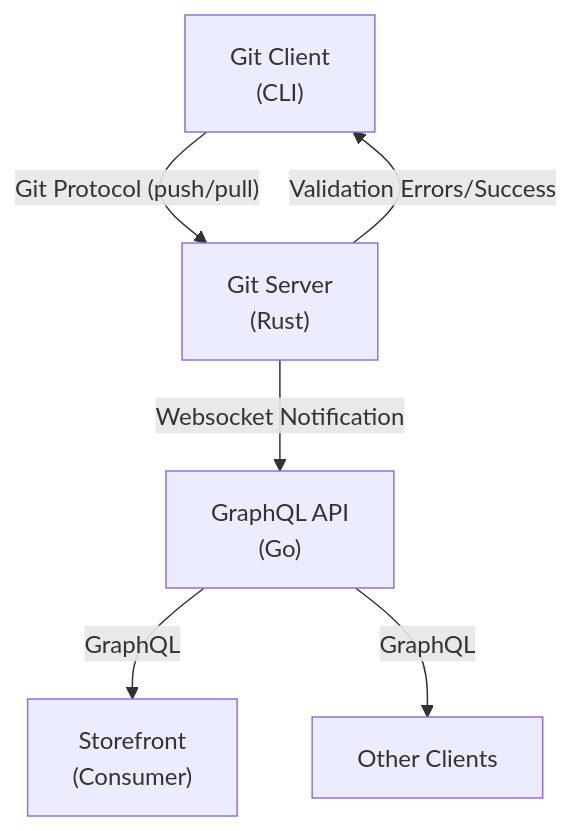
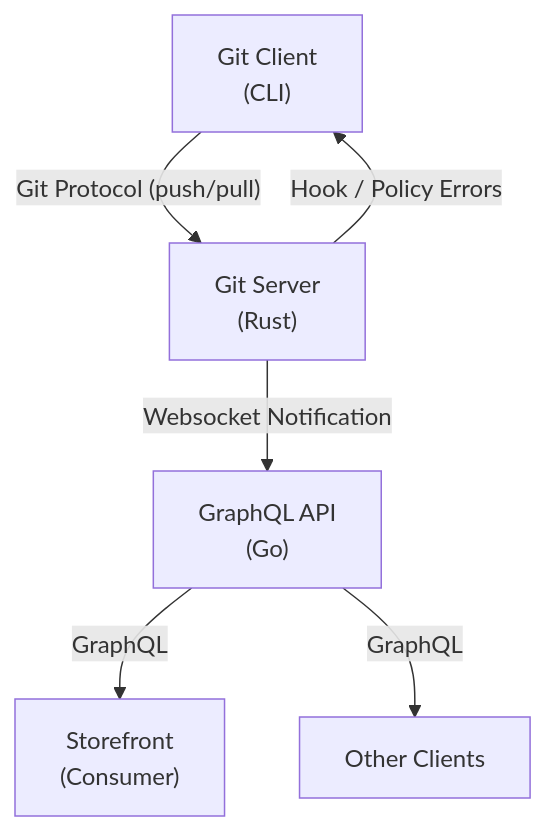
The diagram in README.md (gitstore-dev/GitStore), drawn with Mermaid before and after one commit. The commit also changed other lines of this file and 15 other files, not shown here.

First line of the commit message:
refactor: make git-service git-ops-only and align hook-based docs (#86)

````diff
--- a/README.md
+++ b/README.md
@@ -17,15 +20,15 @@
 ```mermaid
 graph TD
     GitClient["Git Client\n(CLI)"]
     GitServer["Git Server\n(Rust)"]
     GraphQLAPI["GraphQL API\n(Go)"]
     Storefront["Storefront\n(Consumer)"]
     OtherClients["Other Clients"]
 
     GitClient -- "Git Protocol (push/pull)" --> GitServer
-    GitServer -- "Validation Errors/Success" --> GitClient
+    GitServer -- "Hook / Policy Errors" --> GitClient
     GitServer -- "Websocket Notification" --> GraphQLAPI
 
     GraphQLAPI -- "GraphQL" --> Storefront
     GraphQLAPI -- "GraphQL" --> OtherClients
 ```
````
